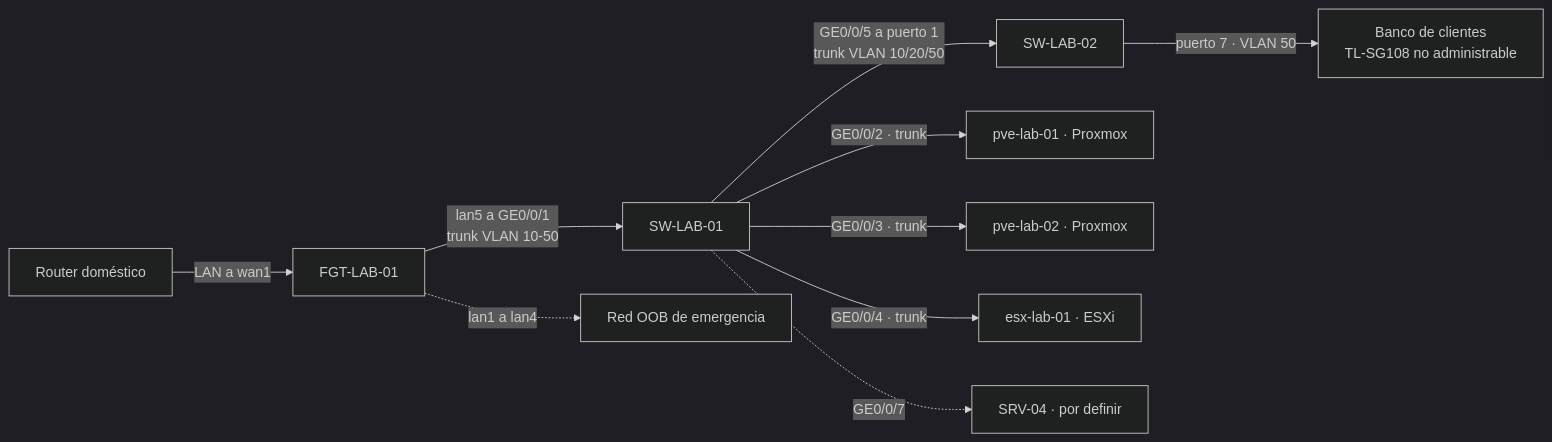
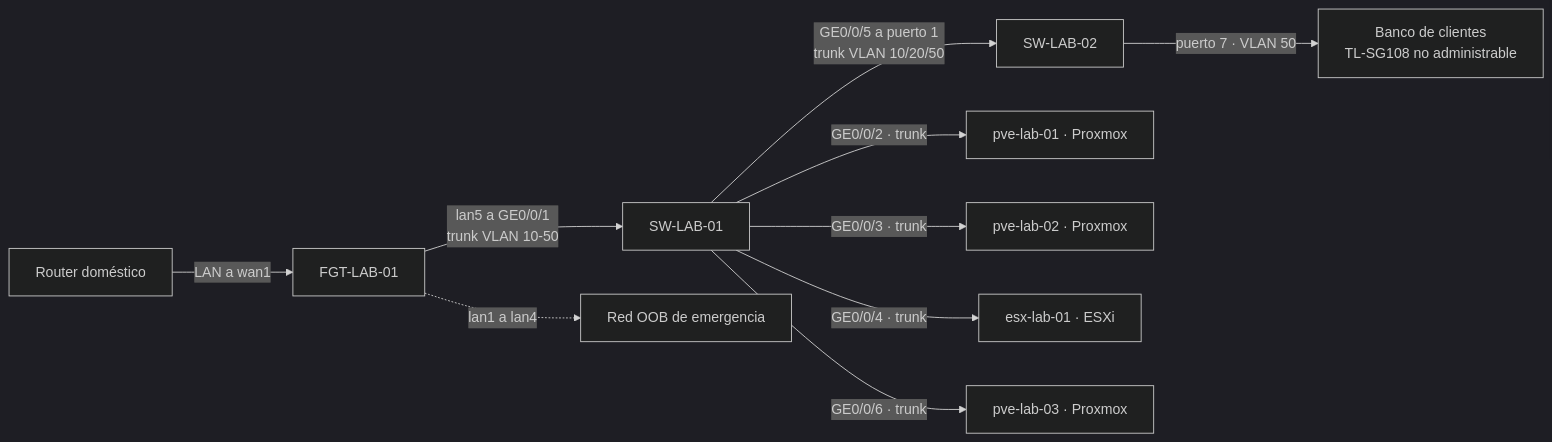
One commit to Alce1551/EICL-HOMELAB changed the third of 3 diagrams in docs/architecture.md. Above: the diagram before and after it, drawn with Mermaid (dark theme). The commit also changed other lines of this file and 8 other files, not shown here.

Commit message:
LAB-002-G: integra pve-lab-03 y reubica el acceso MGMT a GE0/0/9

````diff
--- a/docs/architecture.md
+++ b/docs/architecture.md
@@ -61,12 +61,12 @@
 ```mermaid
 flowchart LR
     ARC[Router doméstico] -->|LAN a wan1| FGT[FGT-LAB-01]
     FGT -->|lan5 a GE0/0/1<br/>trunk VLAN 10-50| SW1[SW-LAB-01]
     SW1 -->|GE0/0/5 a puerto 1<br/>trunk VLAN 10/20/50| SW2[SW-LAB-02]
     SW2 -->|puerto 7 · VLAN 50| BAN[Banco de clientes<br/>TL-SG108 no administrable]
     FGT -.->|lan1 a lan4| OOB[Red OOB de emergencia]
     SW1 -->|GE0/0/2 · trunk| N1[pve-lab-01 · Proxmox]
     SW1 -->|GE0/0/3 · trunk| N2[pve-lab-02 · Proxmox]
     SW1 -->|GE0/0/4 · trunk| N3[esx-lab-01 · ESXi]
-    SW1 -.->|GE0/0/7| N4[SRV-04 · por definir]
+    SW1 -->|GE0/0/6 · trunk| N4[pve-lab-03 · Proxmox]
 ```
````
